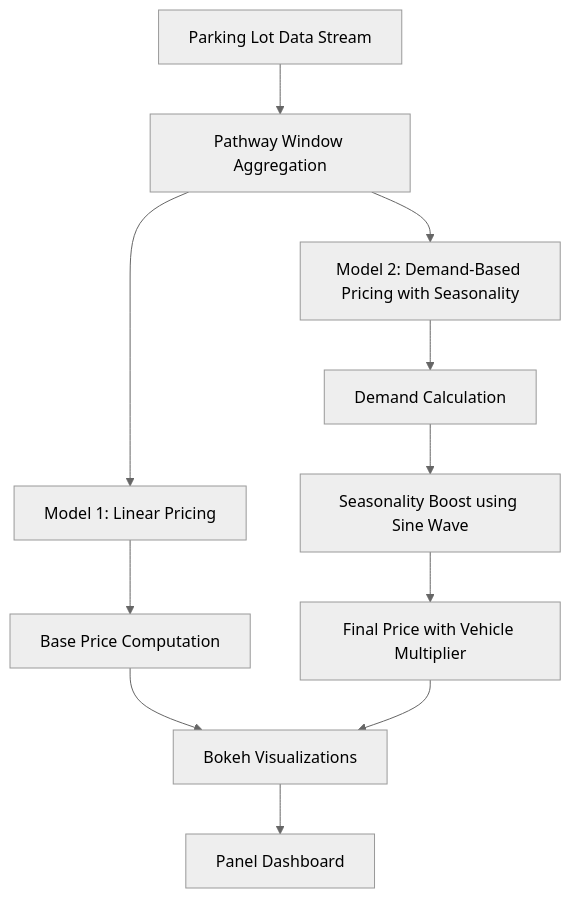
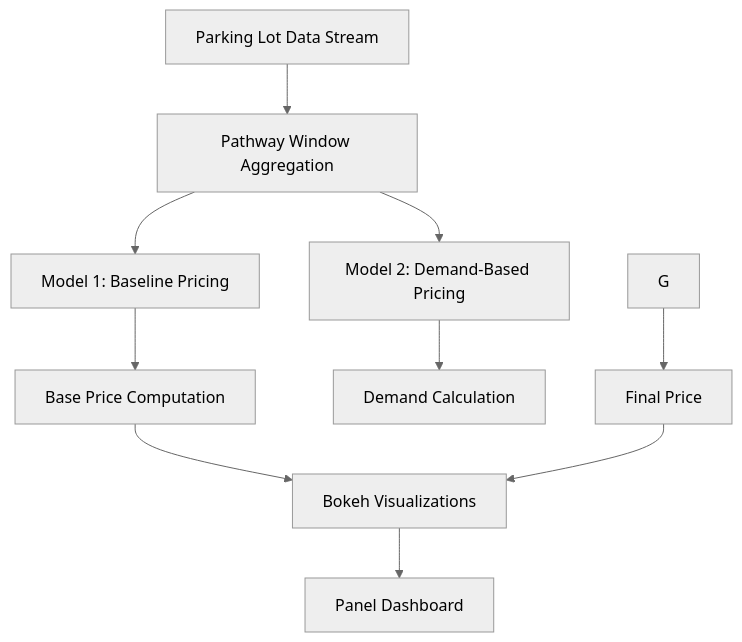
One commit to Prashu-001/Capstone_Project changed the second of 2 diagrams in README.md. Above: the diagram before and after it, drawn with Mermaid (neutral theme). The commit also changed other lines of this file, not shown here.

````diff
--- a/README.md
+++ b/README.md
@@ -97,15 +97,14 @@
 ```mermaid
 graph TD
     A[Parking Lot Data Stream] --> B[Pathway Window Aggregation]
-    B --> C[Model 1: Linear Pricing]
-    B --> D[Model 2: Demand-Based Pricing with Seasonality]
+    B --> C[Model 1: Baseline Pricing]
+    B --> D[Model 2: Demand-Based Pricing]
 
     C --> E[Base Price Computation]
     D --> F[Demand Calculation]
-    F --> G[Seasonality Boost using Sine Wave]
-    G --> H[Final Price with Vehicle Multiplier]
+    G --> H[Final Price]
 
     E --> I[Bokeh Visualizations]
     H --> I[Bokeh Visualizations]
     I --> J[Panel Dashboard]
 ```
````
